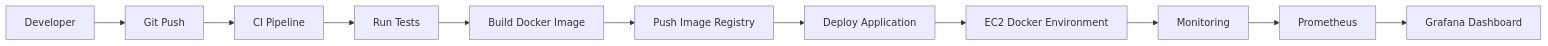
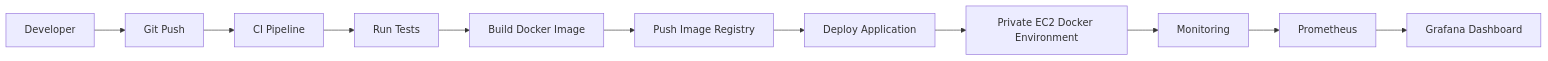
One commit to Billy-lex/production-cloud-infrastructure-platform changed the third of 3 diagrams in README.md. Above: the diagram before and after it, drawn with Mermaid. The commit also changed other lines of this file, not shown here.

Commit message:
docs: update architecture

````diff
--- a/README.md
+++ b/README.md
@@ -141,24 +150,24 @@
 ```mermaid
 flowchart LR
 
 A[Developer] --> B[Git Push]
 
 B --> C[CI Pipeline]
 
 C --> D[Run Tests]
 
 D --> E[Build Docker Image]
 
 E --> F[Push Image Registry]
 
 F --> G[Deploy Application]
 
-G --> H[EC2 Docker Environment]
+G --> H[Private EC2 Docker Environment]
 
 H --> I[Monitoring]
 
 I --> J[Prometheus]
 
 J --> K[Grafana Dashboard]
 
 ```
````
